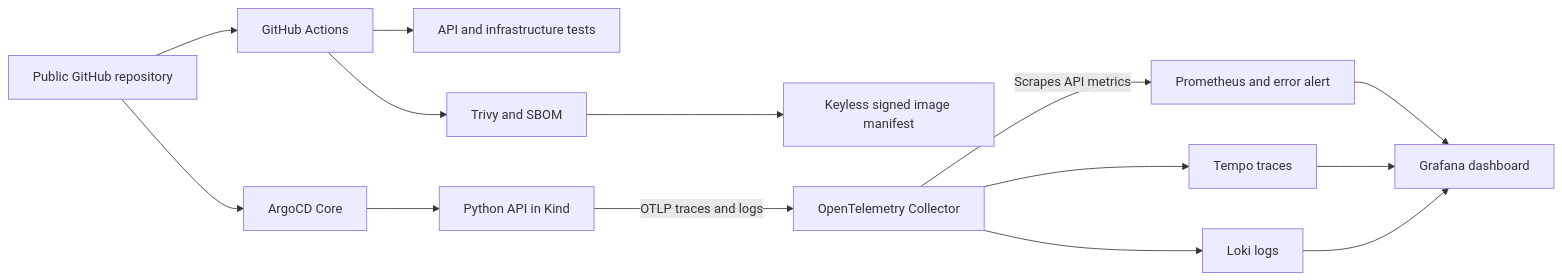
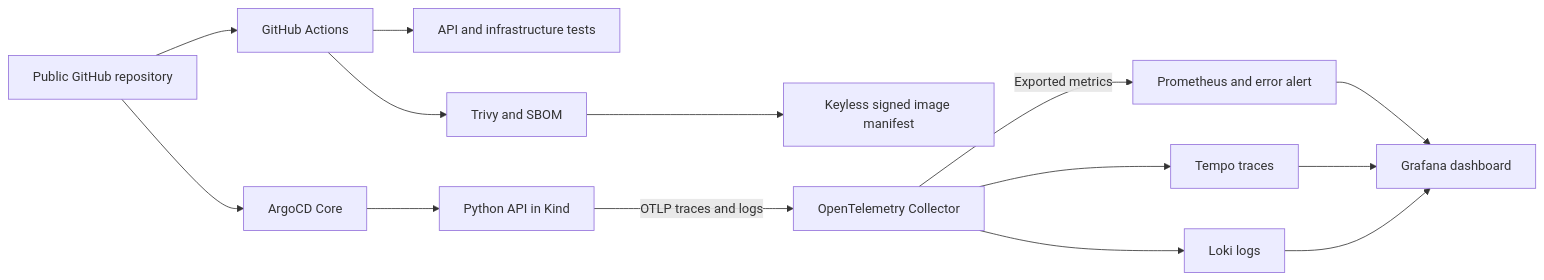
The diagram in README.md (hundrik3/CI-CD-prac), drawn with Mermaid before and after one commit. The commit also changed other lines of this file and 6 other files, not shown here.

````diff
--- a/README.md
+++ b/README.md
@@ -19,16 +20,16 @@
 ```mermaid
 flowchart LR
     Git[Public GitHub repository] --> CI[GitHub Actions]
     CI --> Tests[API and infrastructure tests]
     CI --> Scan[Trivy and SBOM]
     Scan --> Sign[Keyless signed image manifest]
     Git --> Argo[ArgoCD Core]
     Argo --> API[Python API in Kind]
     API -->|OTLP traces and logs| Collector[OpenTelemetry Collector]
     Collector --> Tempo[Tempo traces]
     Collector --> Loki[Loki logs]
-    Collector -->|Scrapes API metrics| Prom[Prometheus and error alert]
+    Collector -->|Exported metrics| Prom[Prometheus and error alert]
     Prom --> Grafana[Grafana dashboard]
     Tempo --> Grafana
     Loki --> Grafana
 ```
````
